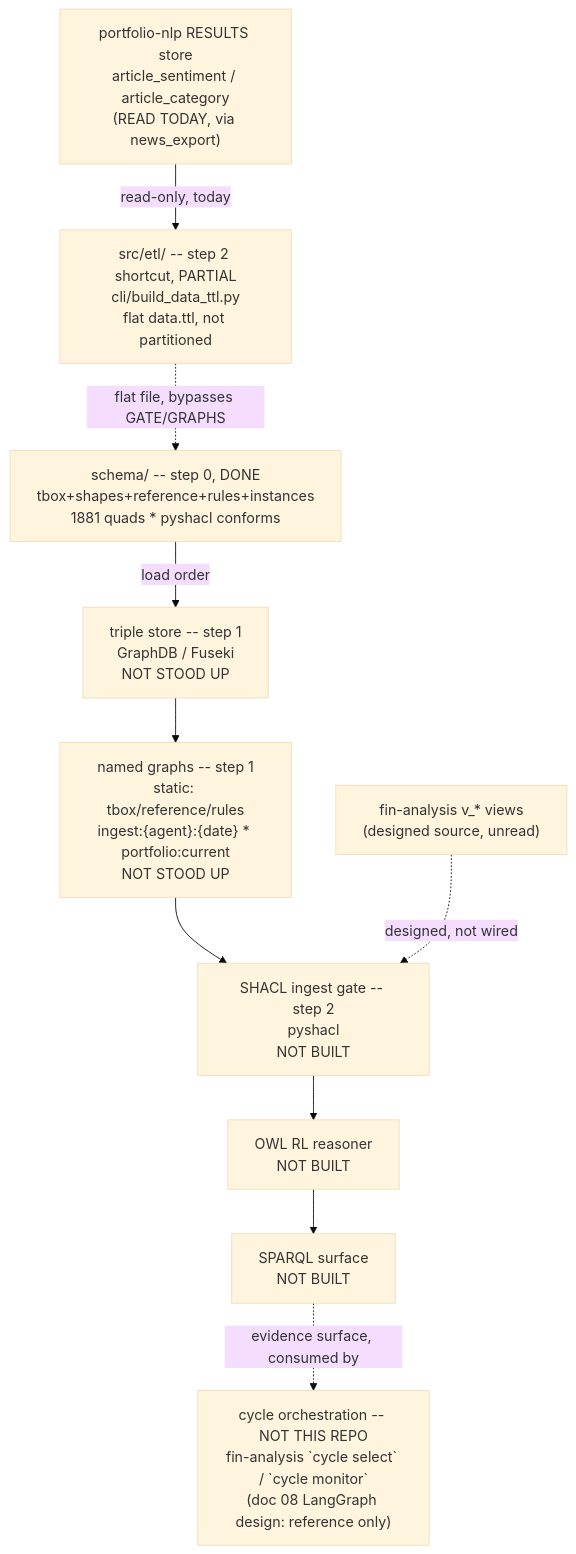
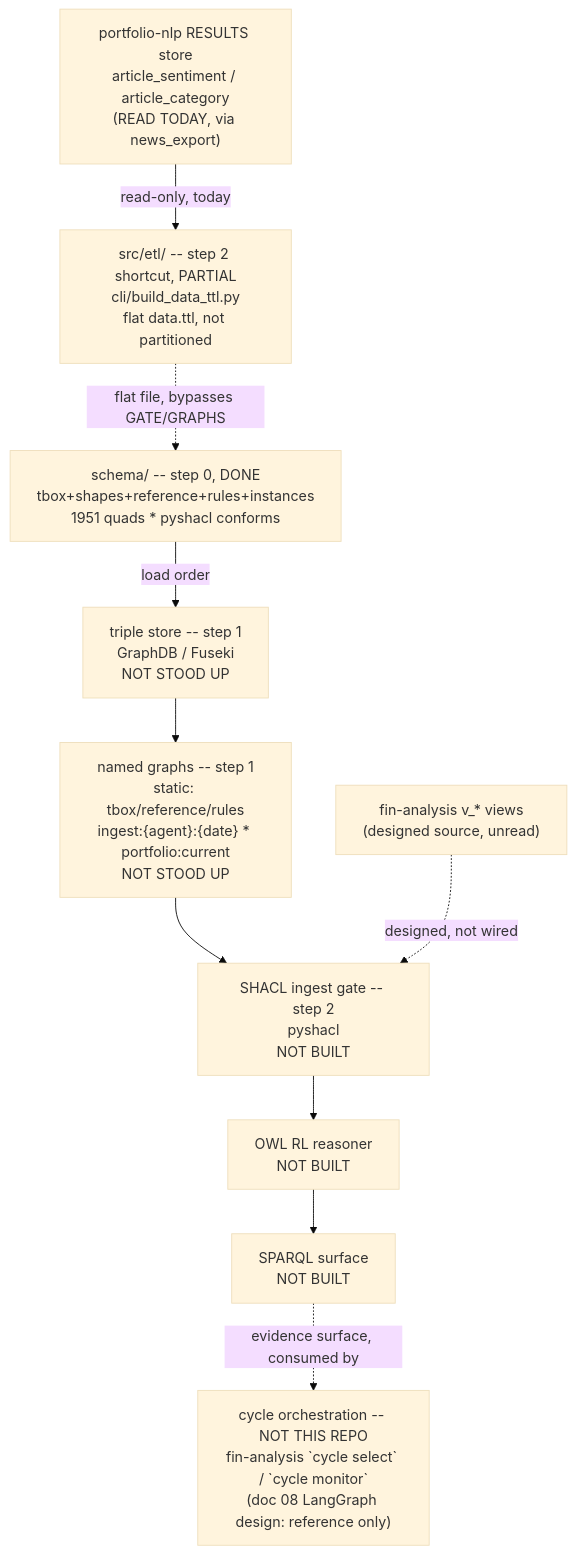
Before and after one commit to gamug/portfolio-knowledge-graph: the diagram in .specify/memory/SPEC.md, drawn with Mermaid (base theme). The commit also changed other lines of this file and 7 other files, not shown here.

Commit message:
feat(schema): add availableAt/eventTime two-clock look-ahead guard to ScoreSnapshot (T-101)

````diff
--- a/.specify/memory/SPEC.md
+++ b/.specify/memory/SPEC.md
@@ -298,20 +298,20 @@
 ```mermaid
 flowchart TB
-    SCHEMA["schema/ -- step 0, DONE<br/>tbox+shapes+reference+rules+instances<br/>1881 quads * pyshacl conforms"]
+    SCHEMA["schema/ -- step 0, DONE<br/>tbox+shapes+reference+rules+instances<br/>1951 quads * pyshacl conforms"]
     STORE["triple store -- step 1<br/>GraphDB / Fuseki<br/>NOT STOOD UP"]
     GRAPHS["named graphs -- step 1<br/>static: tbox/reference/rules<br/>ingest:{agent}:{date} * portfolio:current<br/>NOT STOOD UP"]
     GATE["SHACL ingest gate -- step 2<br/>pyshacl<br/>NOT BUILT"]
     FIN["fin-analysis v_* views<br/>(designed source, unread)"]
     NLPRES["portfolio-nlp RESULTS store<br/>article_sentiment / article_category<br/>(READ TODAY, via news_export)"]
     ETL["src/etl/ -- step 2 shortcut, PARTIAL<br/>cli/build_data_ttl.py<br/>flat data.ttl, not partitioned"]
     REASON["OWL RL reasoner<br/>NOT BUILT"]
     SPARQL["SPARQL surface<br/>NOT BUILT"]
     AGENTS["cycle orchestration -- NOT THIS REPO<br/>fin-analysis `cycle select` / `cycle monitor`<br/>(doc 08 LangGraph design: reference only)"]
 
     SCHEMA -->|load order| STORE --> GRAPHS --> GATE
     FIN -.->|designed, not wired| GATE
     NLPRES -->|read-only, today| ETL
     ETL -.->|flat file, bypasses GATE/GRAPHS| SCHEMA
     GATE --> REASON --> SPARQL
     SPARQL -.->|evidence surface, consumed by| AGENTS
 ```
````
